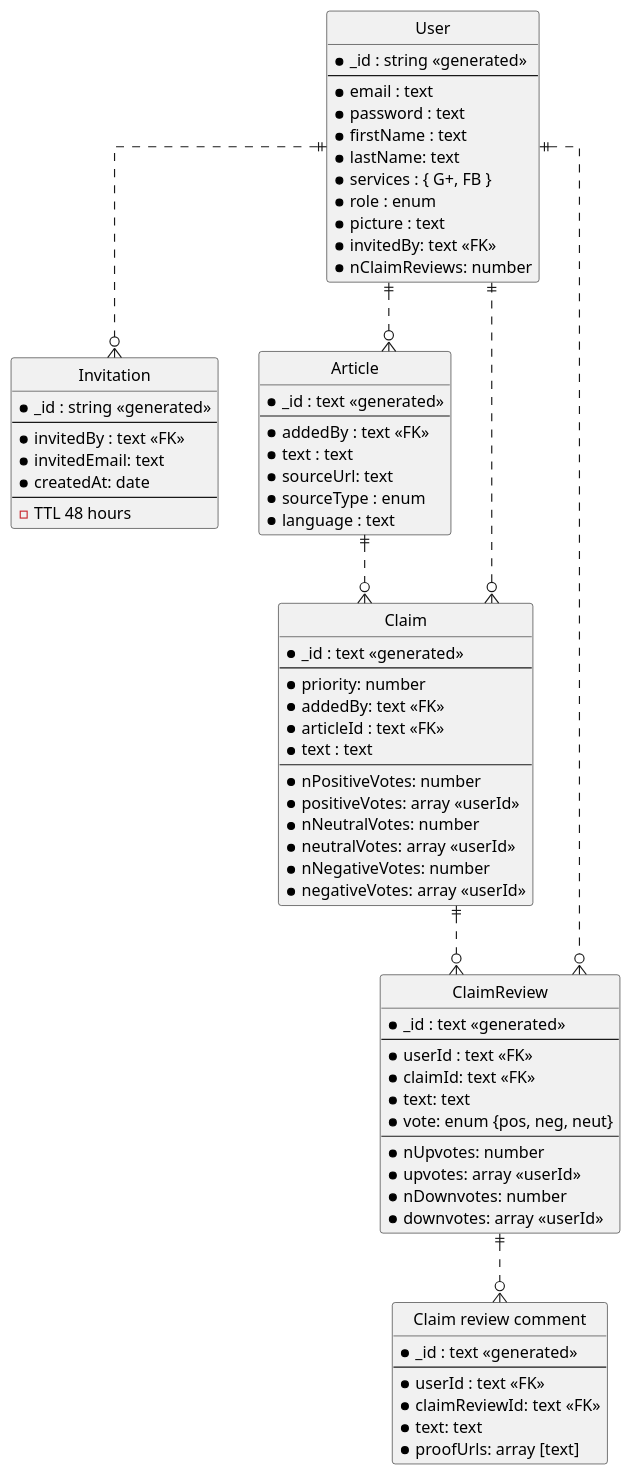
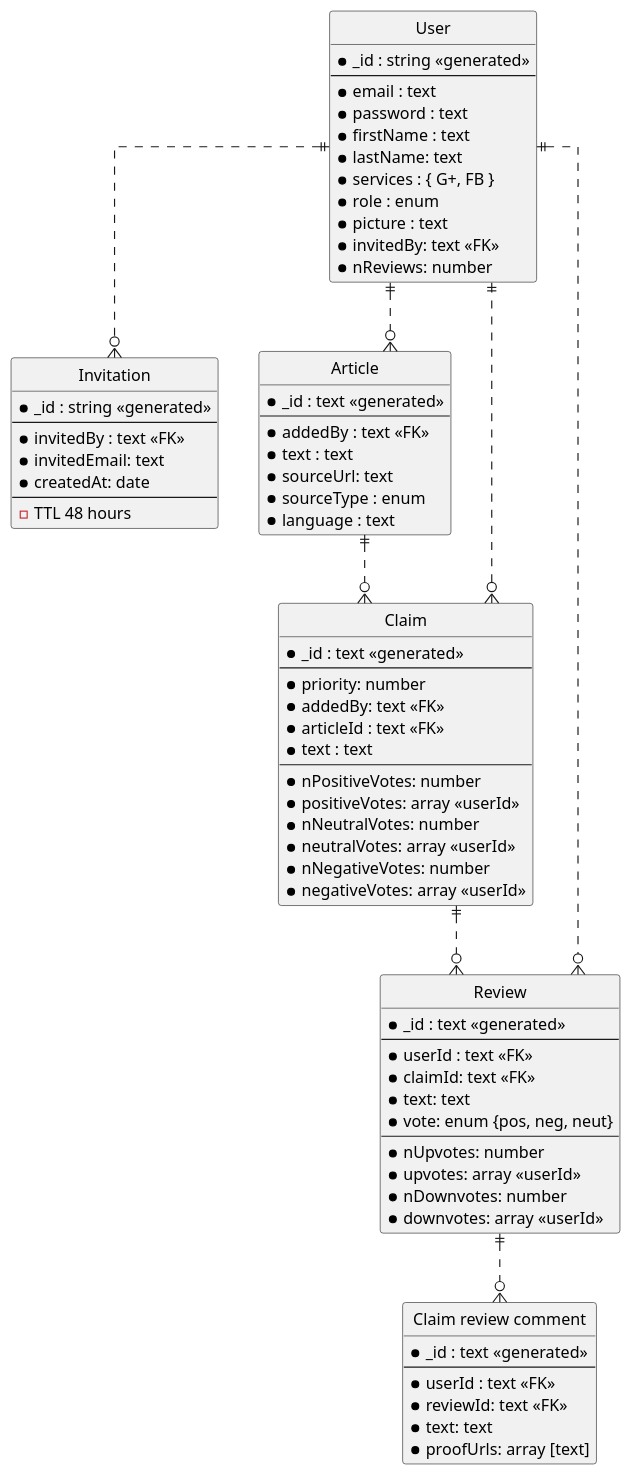
One commit to aic-factcheck/fact_checking_be changed the diagram in sys_docs/entity_relations.puml. Above: the diagram before and after it, drawn with PlantUML. The commit also changed 8 other files, not shown here.

```diff
--- a/sys_docs/entity_relations.puml
+++ b/sys_docs/entity_relations.puml
@@ -1,92 +1,92 @@
 @startuml
 ' hide the spot
 hide circle
 
 ' avoid problems with angled crows feet
 skinparam linetype ortho
 
 entity "User" as user {
   *_id : string <<generated>>
   --
   *email : text
   *password : text
   *firstName : text
   *lastName: text
   *services : { G+, FB }
   *role : enum
   *picture : text
   *invitedBy: text <<FK>>
-  *nClaimReviews: number
+  *nReviews: number
 }
 
 entity "Invitation" as inv {
   *_id : string <<generated>>
   --
   *invitedBy : text <<FK>>
   *invitedEmail: text
   *createdAt: date
   --
   - TTL 48 hours
 }
 
 entity "Article" as article {
   *_id : text <<generated>>
   --
   *addedBy : text <<FK>>
   *text : text
   *sourceUrl: text
   *sourceType : enum
   *language : text
 }
 
 entity "Claim" as claim {
   *_id : text <<generated>>
   --
   *priority: number
   *addedBy: text <<FK>>
   *articleId : text <<FK>>
   *text : text
   --
   *nPositiveVotes: number
   *positiveVotes: array <<userId>>
   *nNeutralVotes: number
   *neutralVotes: array <<userId>>
   *nNegativeVotes: number
   *negativeVotes: array <<userId>>
   ' *nUpvotes: number
   ' *upvotes: array <<userId>>
   ' *nDownvotes: number
   ' *downvotes: array <<userId>>
 }
 
-entity "ClaimReview" as claimReview {
+entity "Review" as review {
   *_id : text <<generated>>
   --
   *userId : text <<FK>>
   *claimId: text <<FK>>
   *text: text
   *vote: enum {pos, neg, neut}
   --
   *nUpvotes: number
   *upvotes: array <<userId>>
   *nDownvotes: number
   *downvotes: array <<userId>>
 }
 
 entity "Claim review comment" as claimReviewComment {
   *_id : text <<generated>>
   --
   *userId : text <<FK>>
-  *claimReviewId: text <<FK>>
+  *reviewId: text <<FK>>
   *text: text
   *proofUrls: array [text] 
 }
 
 user ||..o{ article
 user ||..o{ inv
 article ||..o{ claim
-user ||..o{ claimReview
-claim ||..o{ claimReview
+user ||..o{ review
+claim ||..o{ review
 claim }o..|| user
-claimReview ||..o{ claimReviewComment
+review ||..o{ claimReviewComment
 @enduml
```
